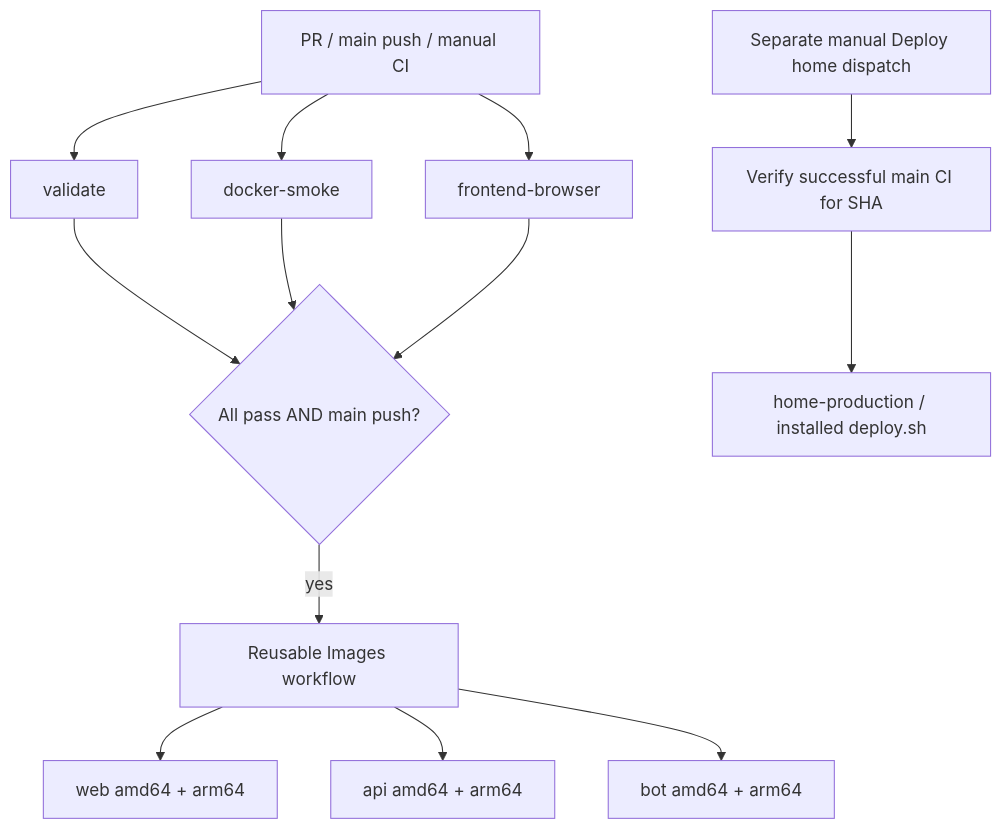
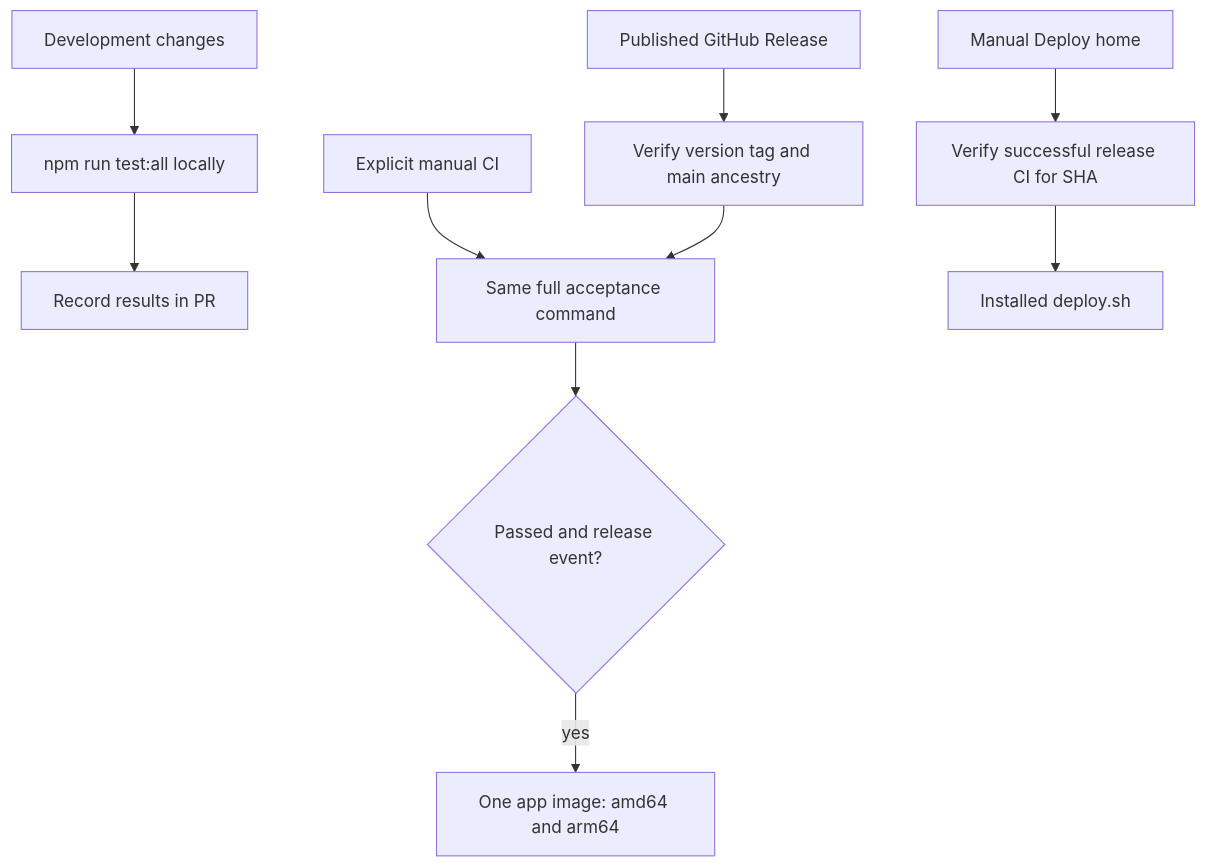
Before and after one commit to KihiraLove/Vardorvis-clan-clog: the third of 3 diagrams in docs/project-guide.md, drawn with Mermaid. The commit also changed other lines of this file and 20 other files, not shown here.

Commit message:
ci: run full acceptance locally and publish only releases

````diff
--- a/docs/project-guide.md
+++ b/docs/project-guide.md
@@ -301,15 +308,12 @@
 ```mermaid
 flowchart TD
-  Trigger[PR / main push / manual CI] --> Validate[validate]
-  Trigger --> Smoke[docker-smoke]
-  Trigger --> Browser[frontend-browser]
-  Validate --> Gate{All pass AND main push?}
-  Smoke --> Gate
-  Browser --> Gate
-  Gate -->|yes| Images[Reusable Images workflow]
-  Images --> Web[web amd64 + arm64]
-  Images --> API[api amd64 + arm64]
-  Images --> Bot[bot amd64 + arm64]
-  Dispatch[Separate manual Deploy home dispatch] --> Verify[Verify successful main CI for SHA]
-  Verify --> Deploy[home-production / installed deploy.sh]
+  Edit[Development changes] --> Local[npm run test:all locally]
+  Local --> Review[Record results in PR]
+  Manual[Explicit manual CI] --> Acceptance[Same full acceptance command]
+  Release[Published GitHub Release] --> Identity[Verify version tag and main ancestry]
+  Identity --> Acceptance
+  Acceptance --> Gate{Passed and release event?}
+  Gate -->|yes| Image[One app image: amd64 and arm64]
+  Dispatch[Manual Deploy home] --> Verify[Verify successful release CI for SHA]
+  Verify --> Deploy[Installed deploy.sh]
 ```
````
